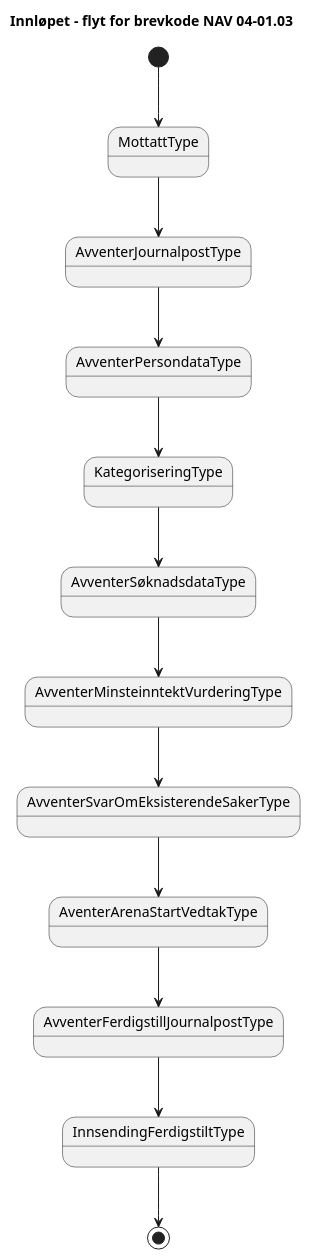
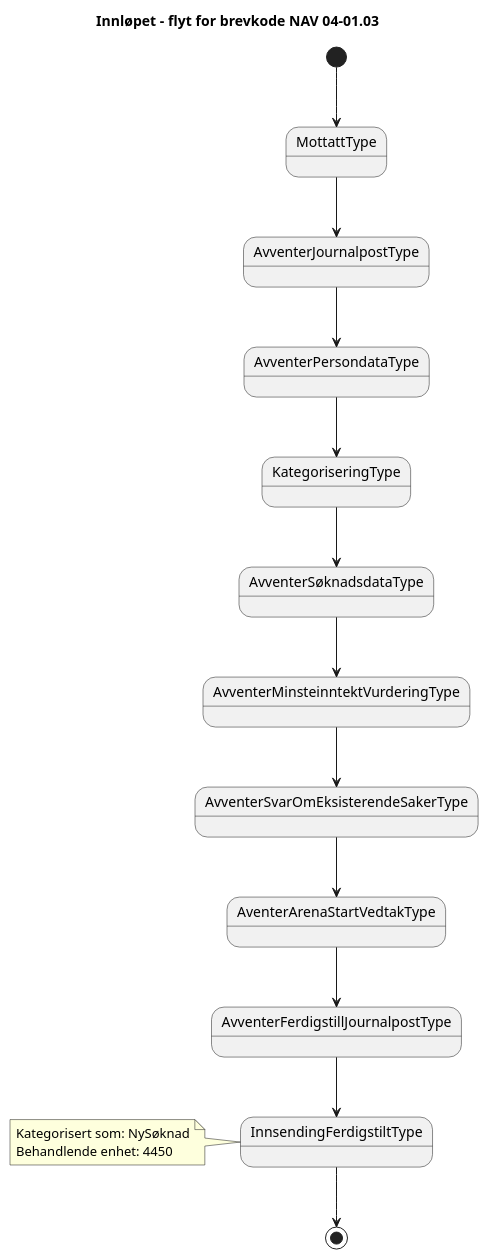
The diagram in docs/arkitektur/tilstander/NAV 04-01.03.approved.puml (navikt/dp-mottak), drawn with PlantUML before and after one commit. The commit also changed 17 other files, not shown here.

```diff
--- a/docs/arkitektur/tilstander/NAV 04-01.03.approved.puml
+++ b/docs/arkitektur/tilstander/NAV 04-01.03.approved.puml
@@ -1,16 +1,20 @@
 @startuml
 title 
 Innløpet – flyt for brevkode NAV 04-01.03
 end title           
-[*]-->MottattType 
+[*]-->MottattType
 MottattType --> AvventerJournalpostType
 AvventerJournalpostType --> AvventerPersondataType
 AvventerPersondataType --> KategoriseringType
 KategoriseringType --> AvventerSøknadsdataType
 AvventerSøknadsdataType --> AvventerMinsteinntektVurderingType
 AvventerMinsteinntektVurderingType --> AvventerSvarOmEksisterendeSakerType
 AvventerSvarOmEksisterendeSakerType --> AventerArenaStartVedtakType
 AventerArenaStartVedtakType --> AvventerFerdigstillJournalpostType
 AvventerFerdigstillJournalpostType --> InnsendingFerdigstiltType
 InnsendingFerdigstiltType--> [*]
+note left of InnsendingFerdigstiltType
+Kategorisert som: NySøknad
+Behandlende enhet: 4450  
+end note
 @enduml
```
